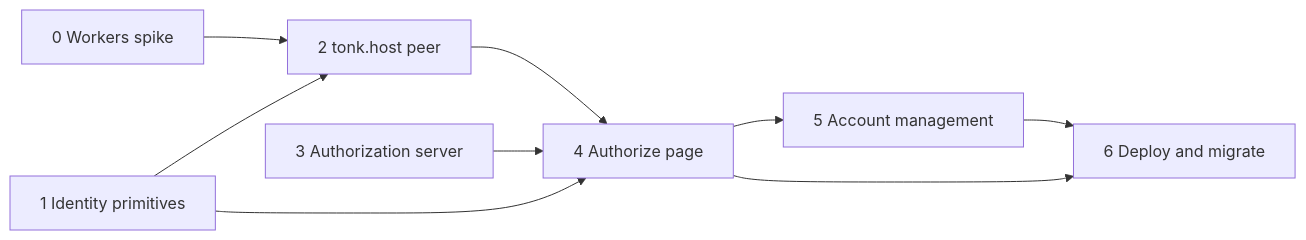
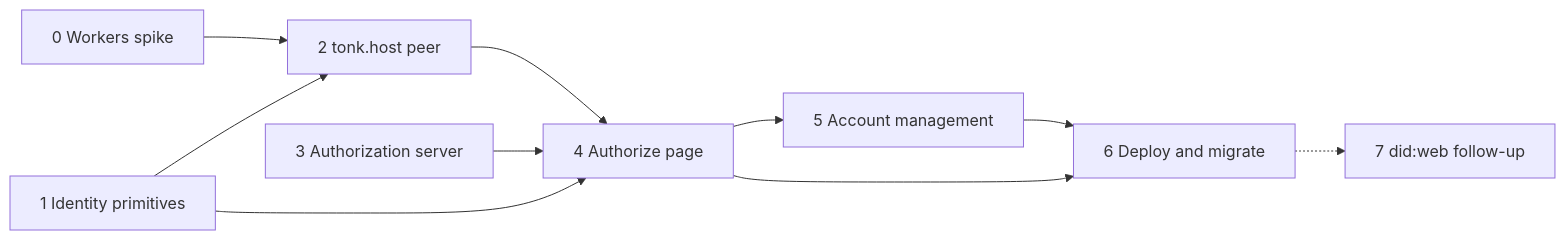
Before and after one commit to tonk-labs/tonk: the fifth of 5 diagrams in plans/2026-10-28-hosted-agent-peer.md, drawn with Mermaid. The commit also changed other lines of this file, not shown here.

Commit message:
plans: move did:web identifiers to a follow-up stage

````diff
--- a/plans/2026-10-28-hosted-agent-peer.md
+++ b/plans/2026-10-28-hosted-agent-peer.md
@@ -183,11 +183,12 @@
 ```mermaid
 flowchart LR
   S0[0 Workers spike] --> S2
   S1[1 Identity primitives] --> S2[2 tonk.host peer]
   S1 --> S4
   S3[3 Authorization server] --> S4[4 Authorize page]
   S2 --> S4
   S4 --> S5[5 Account management]
   S4 --> S6[6 Deploy and migrate]
   S5 --> S6
+  S6 -.-> S7[7 did:web follow-up]
 ```
````
